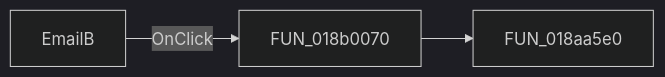
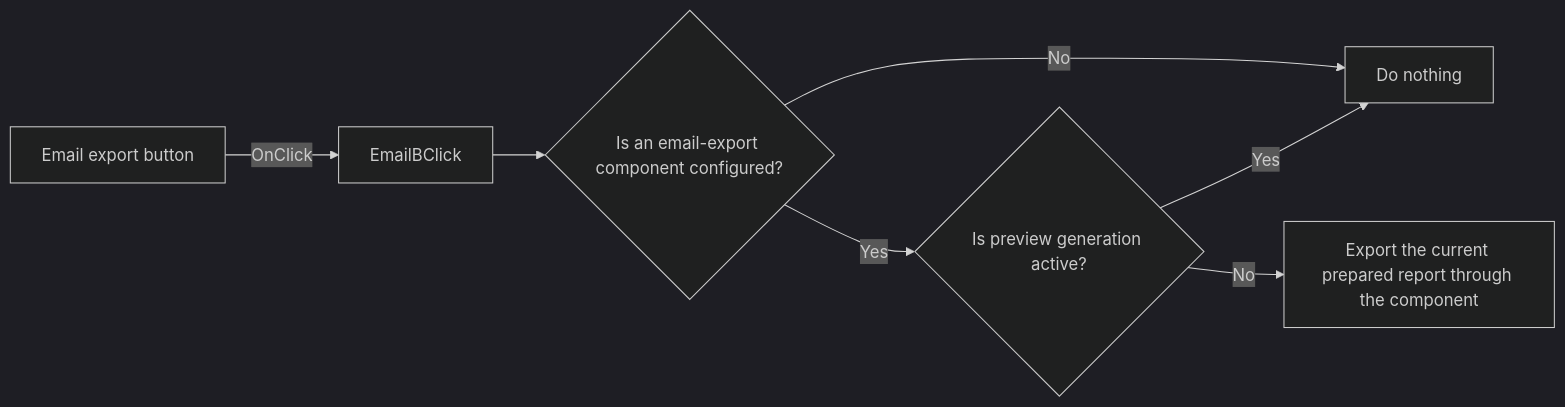
One commit to MovGP0/TIARA changed the diagram in docs/ui-controls/frxpreviewform/emailb-047d1bb967.md. Above: the diagram before and after it, drawn with Mermaid (dark theme). The commit also changed other lines of this file and 387 other files, not shown here.

````diff
--- a/docs/ui-controls/frxpreviewform/emailb-047d1bb967.md
+++ b/docs/ui-controls/frxpreviewform/emailb-047d1bb967.md
@@ -27,5 +27,9 @@
 ```mermaid
 flowchart LR
-    control["EmailB"] -->|OnClick| handler["FUN_018b0070"]
-    handler --> call1["FUN_018aa5e0"]
+    control["Email export button"] -->|OnClick| handler["EmailBClick"]
+    handler --> configured{"Is an email-export component configured?"}
+    configured -->|No| noop["Do nothing"]
+    configured -->|Yes| busy{"Is preview generation active?"}
+    busy -->|Yes| noop
+    busy -->|No| export["Export the current prepared report through the component"]
 ```
````
